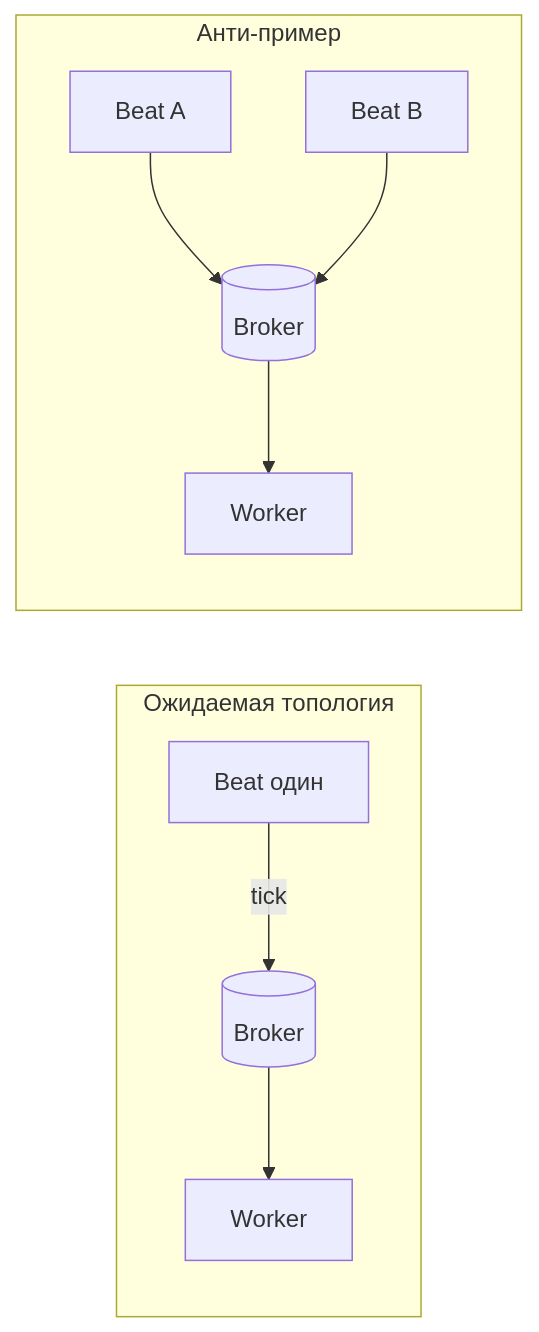
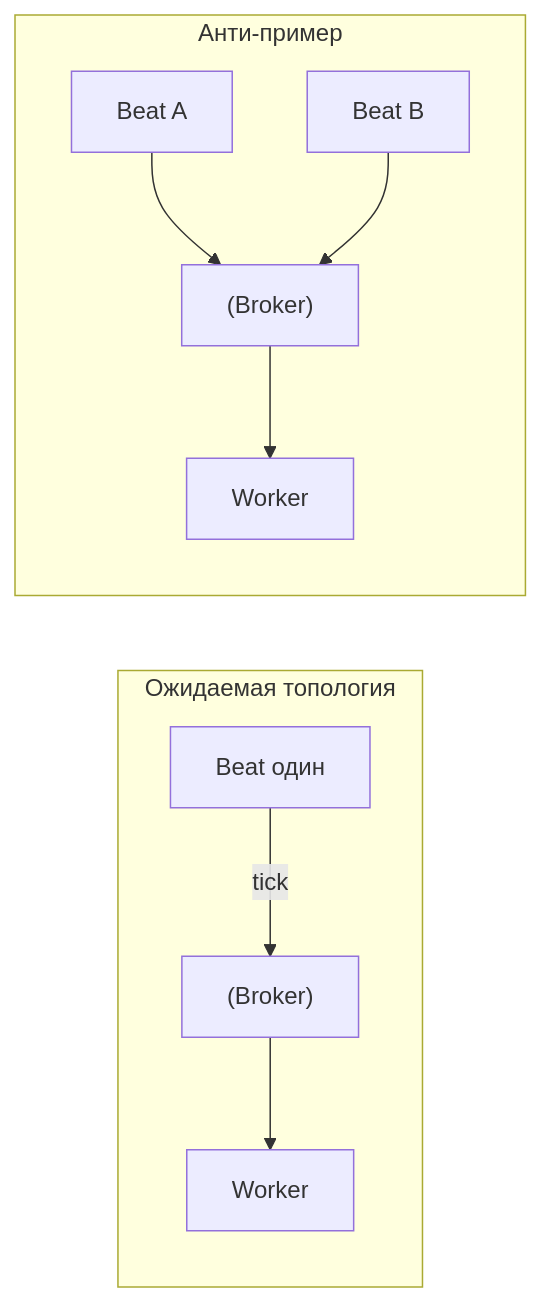
The ninth of 12 diagrams in directions/services/celery/pact/42_samoproverka_s_nulya_zakrytie_kazhdogo_bloka_plana/14_42_42_3_finalnyy_ekzamen_proekt_blokami.md (DDoSKudya/ai-study-atlas), drawn with Mermaid before and after one commit. The commit also changed other lines of this file and 322 other files, not shown here.

Commit message:
fix(docs): make mermaid diagrams GitHub-compatible across directions content

````diff
--- a/directions/services/celery/pact/42_samoproverka_s_nulya_zakrytie_kazhdogo_bloka_plana/14_42_42_3_finalnyy_ekzamen_proekt_blokami.md
+++ b/directions/services/celery/pact/42_samoproverka_s_nulya_zakrytie_kazhdogo_bloka_plana/14_42_42_3_finalnyy_ekzamen_proekt_blokami.md
@@ -540,18 +540,18 @@
 ```mermaid
 flowchart LR
   subgraph Ok["Ожидаемая топология"]
-    B1[Beat один]
-    Br1[(Broker)]
-    W1[Worker]
+    B1["Beat один"]
+    Br1["(Broker)"]
+    W1["Worker"]
     B1 -->|tick| Br1 --> W1
   end
   subgraph Bad["Анти-пример"]
-    B2[Beat A]
-    B3[Beat B]
-    Br2[(Broker)]
-    W2[Worker]
+    B2["Beat A"]
+    B3["Beat B"]
+    Br2["(Broker)"]
+    W2["Worker"]
     B2 --> Br2
     B3 --> Br2
     Br2 --> W2
   end
 ```
````
